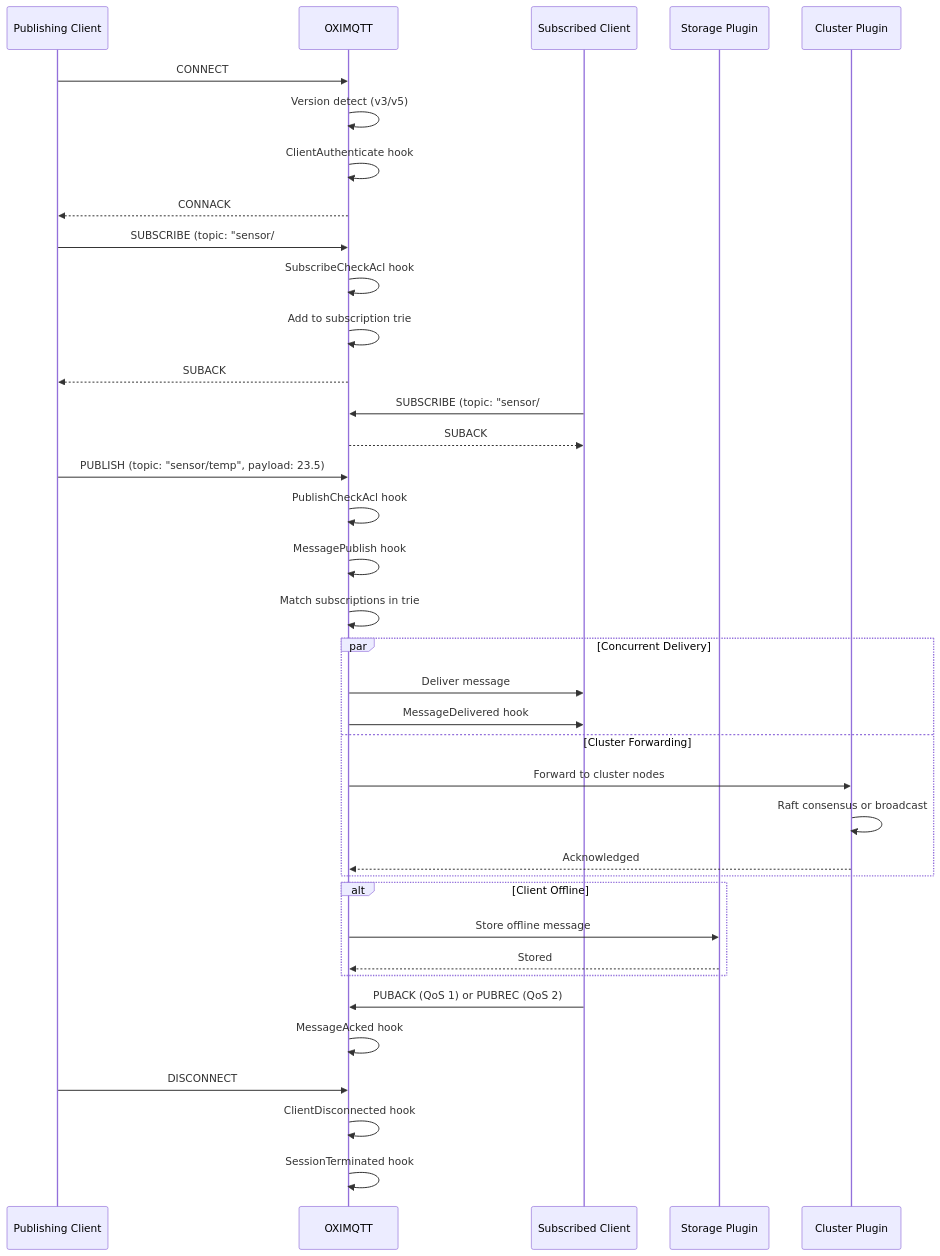
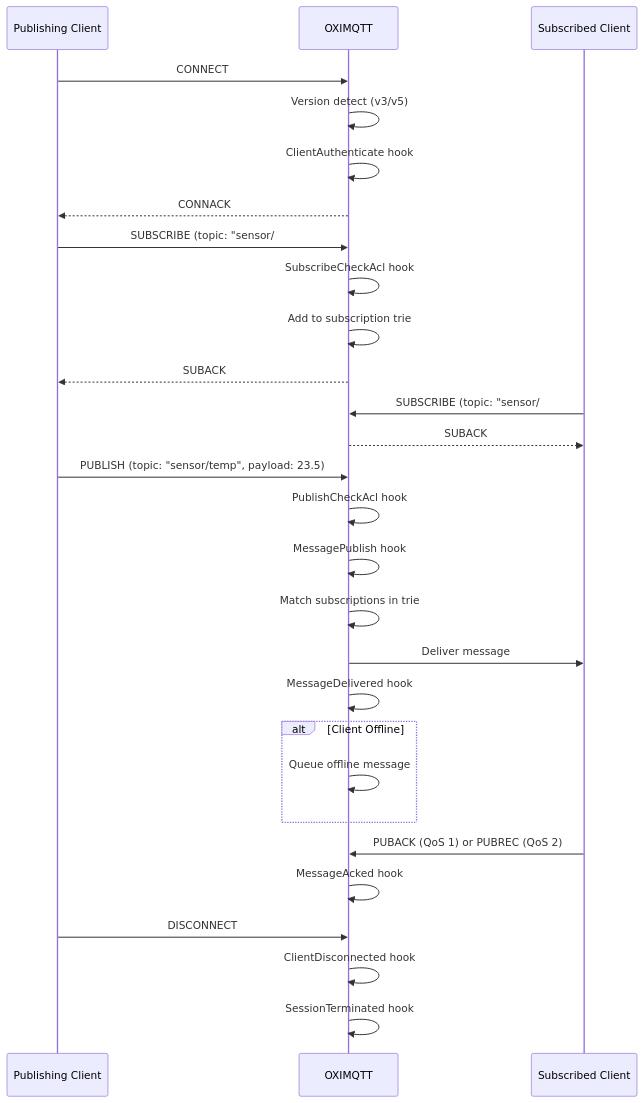
One commit to zeaphoo/oximqtt changed the third of 4 diagrams in docs/en_US/architecture/overview.md. Above: the diagram before and after it, drawn with Mermaid. The commit also changed other lines of this file and 14 other files, not shown here.

````diff
--- a/docs/en_US/architecture/overview.md
+++ b/docs/en_US/architecture/overview.md
@@ -275,47 +266,38 @@
 ```mermaid
 sequenceDiagram
     participant Pub as Publishing Client
     participant Broker as OXIMQTT
     participant Sub as Subscribed Client
-    participant Store as Storage Plugin
-    participant Cluster as Cluster Plugin
 
     Pub->>Broker: CONNECT
     Broker->>Broker: Version detect (v3/v5)
     Broker->>Broker: ClientAuthenticate hook
     Broker-->>Pub: CONNACK
 
     Pub->>Broker: SUBSCRIBE (topic: "sensor/#")
     Broker->>Broker: SubscribeCheckAcl hook
     Broker->>Broker: Add to subscription trie
     Broker-->>Pub: SUBACK
 
     Sub->>Broker: SUBSCRIBE (topic: "sensor/#")
     Broker-->>Sub: SUBACK
 
     Pub->>Broker: PUBLISH (topic: "sensor/temp", payload: 23.5)
     Broker->>Broker: PublishCheckAcl hook
     Broker->>Broker: MessagePublish hook
     Broker->>Broker: Match subscriptions in trie
     
-    par Concurrent Delivery
-        Broker->>Sub: Deliver message
-        Broker->>Sub: MessageDelivered hook
-    and Cluster Forwarding
-        Broker->>Cluster: Forward to cluster nodes
-        Cluster->>Cluster: Raft consensus or broadcast
-        Cluster-->>Broker: Acknowledged
-    end
-    
+    Broker->>Sub: Deliver message
+    Broker->>Broker: MessageDelivered hook
+
     alt Client Offline
-        Broker->>Store: Store offline message
-        Store-->>Broker: Stored
+        Broker->>Broker: Queue offline message
     end
 
     Sub->>Broker: PUBACK (QoS 1) or PUBREC (QoS 2)
     Broker->>Broker: MessageAcked hook
     
     Pub->>Broker: DISCONNECT
     Broker->>Broker: ClientDisconnected hook
     Broker->>Broker: SessionTerminated hook
 ```
````
